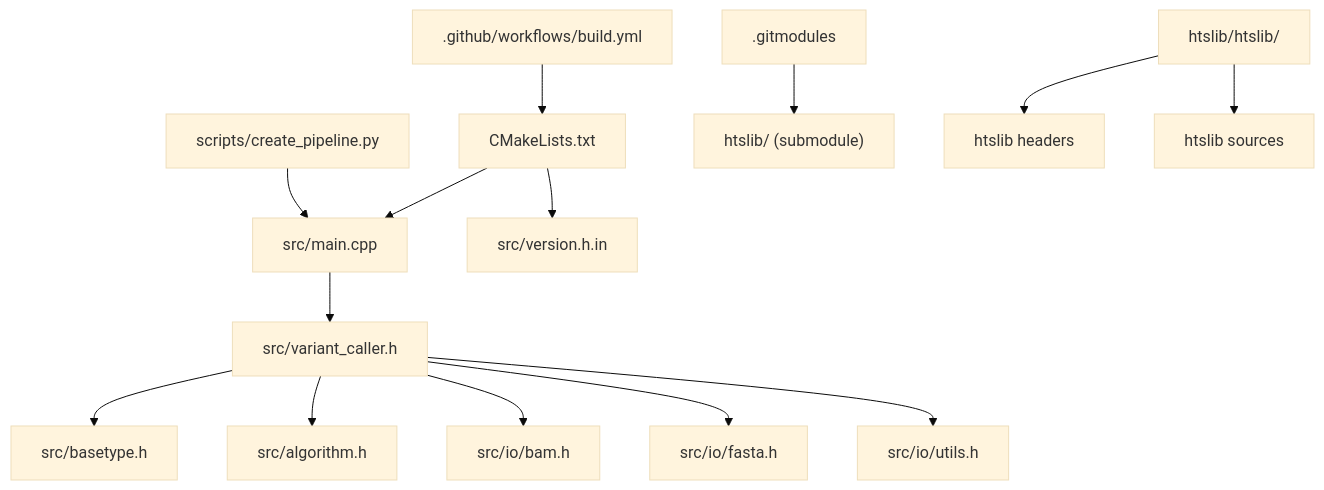
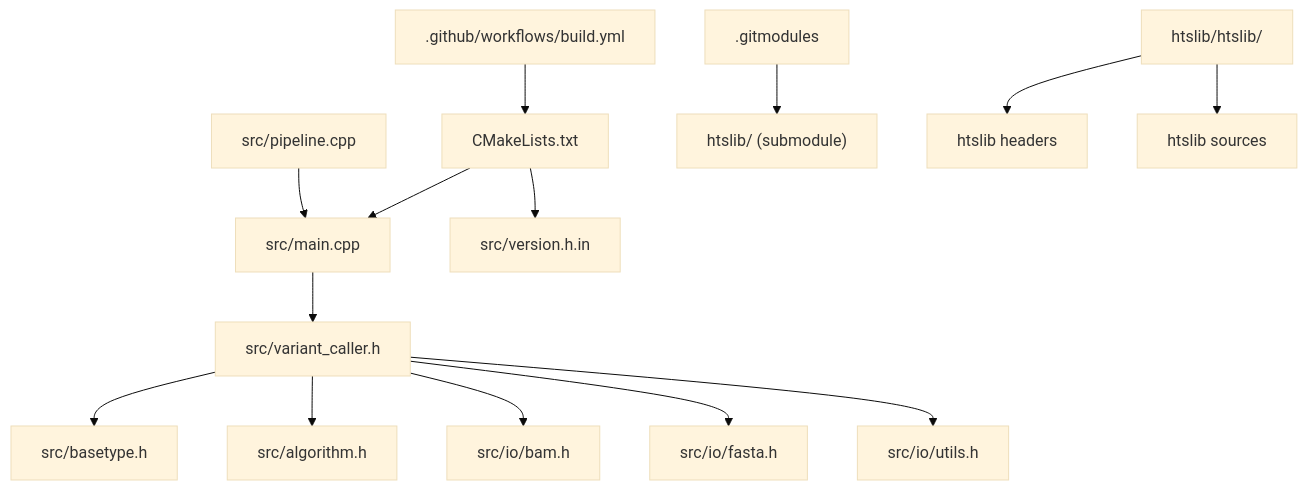
The first of 9 diagrams in docs/repowiki/en/content/Developer Guide.md (ShujiaHuang/BaseVar2), drawn with Mermaid (base theme) before and after one commit. The commit also changed other lines of this file and 9 other files, not shown here.

First line of the commit message:
refactor: remove scripts/create_pipeline.py (superseded by basevar pipeline C++ subcommand)

````diff
--- a/docs/repowiki/en/content/Developer Guide.md
+++ b/docs/repowiki/en/content/Developer Guide.md
@@ -65,16 +64,16 @@
 ```mermaid
 graph TB
 A["src/main.cpp"] --> B["src/variant_caller.h"]
 B --> C["src/basetype.h"]
 B --> D["src/algorithm.h"]
 B --> E["src/io/bam.h"]
 B --> F["src/io/fasta.h"]
 B --> G["src/io/utils.h"]
 H["CMakeLists.txt"] --> A
 H --> I["src/version.h.in"]
 J[".github/workflows/build.yml"] --> H
-K["scripts/create_pipeline.py"] --> A
+K["src/pipeline.cpp"] --> A
 L[".gitmodules"] --> M["htslib/ (submodule)"]
 N["htslib/htslib/"] --> O["htslib headers"]
 N --> P["htslib sources"]
 ```
````
